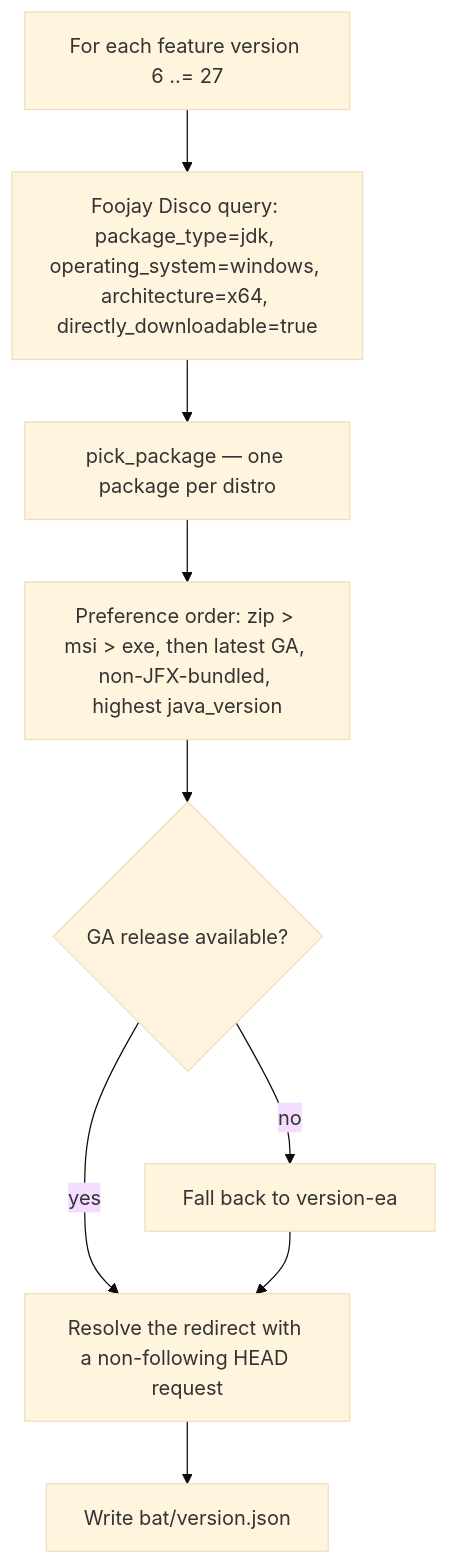
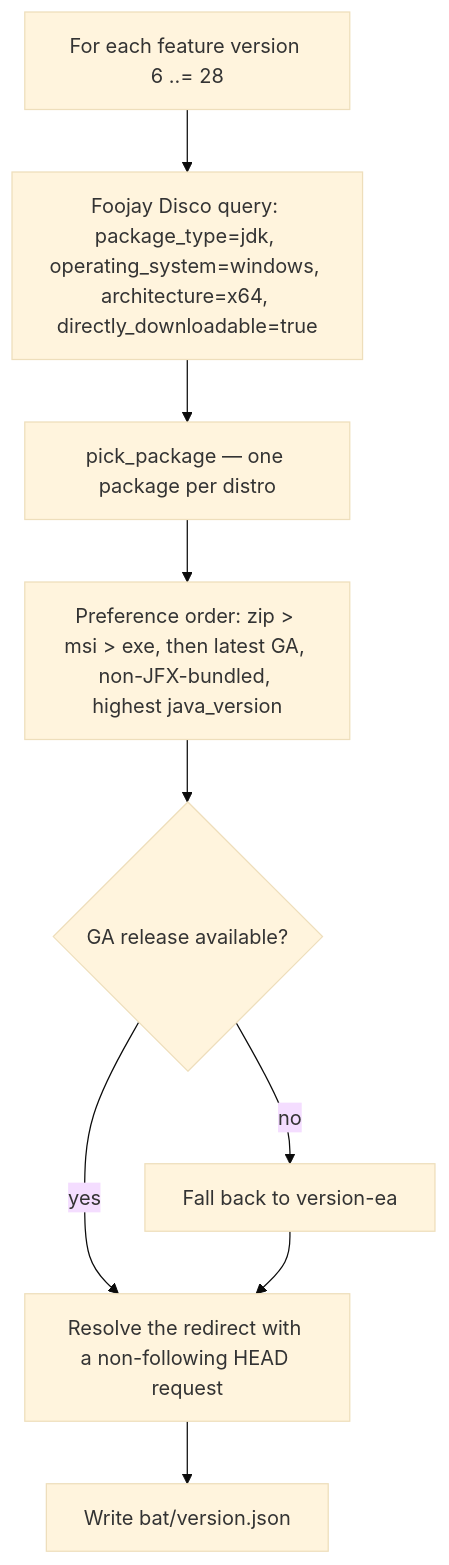
Diagram 11 of 15 in TECHNICAL.md (rururunu/Jir), drawn with Mermaid (base theme) before and after one commit. The commit also changed 4 other files, not shown here.

````diff
--- a/TECHNICAL.md
+++ b/TECHNICAL.md
@@ -400,11 +400,11 @@
 ```mermaid
 flowchart TD
-    Loop["For each feature version 6 ..= 27"] --> Query["Foojay Disco query: package_type=jdk, operating_system=windows, architecture=x64, directly_downloadable=true"]
+    Loop["For each feature version 6 ..= 28"] --> Query["Foojay Disco query: package_type=jdk, operating_system=windows, architecture=x64, directly_downloadable=true"]
     Query --> Pick["pick_package — one package per distro"]
     Pick --> Pref["Preference order: zip > msi > exe, then latest GA, non-JFX-bundled, highest java_version"]
     Pref --> GA{"GA release available?"}
     GA -- no --> EA["Fall back to version-ea"]
     GA -- yes --> Head
     EA --> Head["Resolve the redirect with a non-following HEAD request"]
     Head --> Out["Write bat/version.json"]
 ```
````
